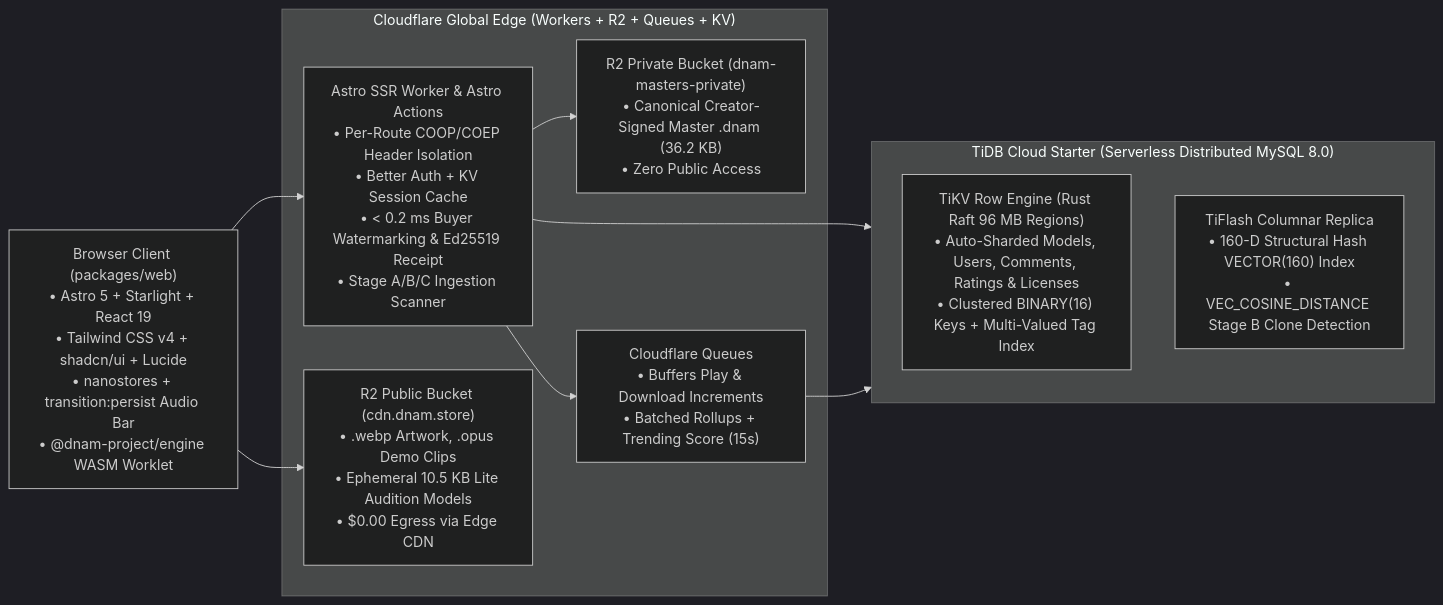
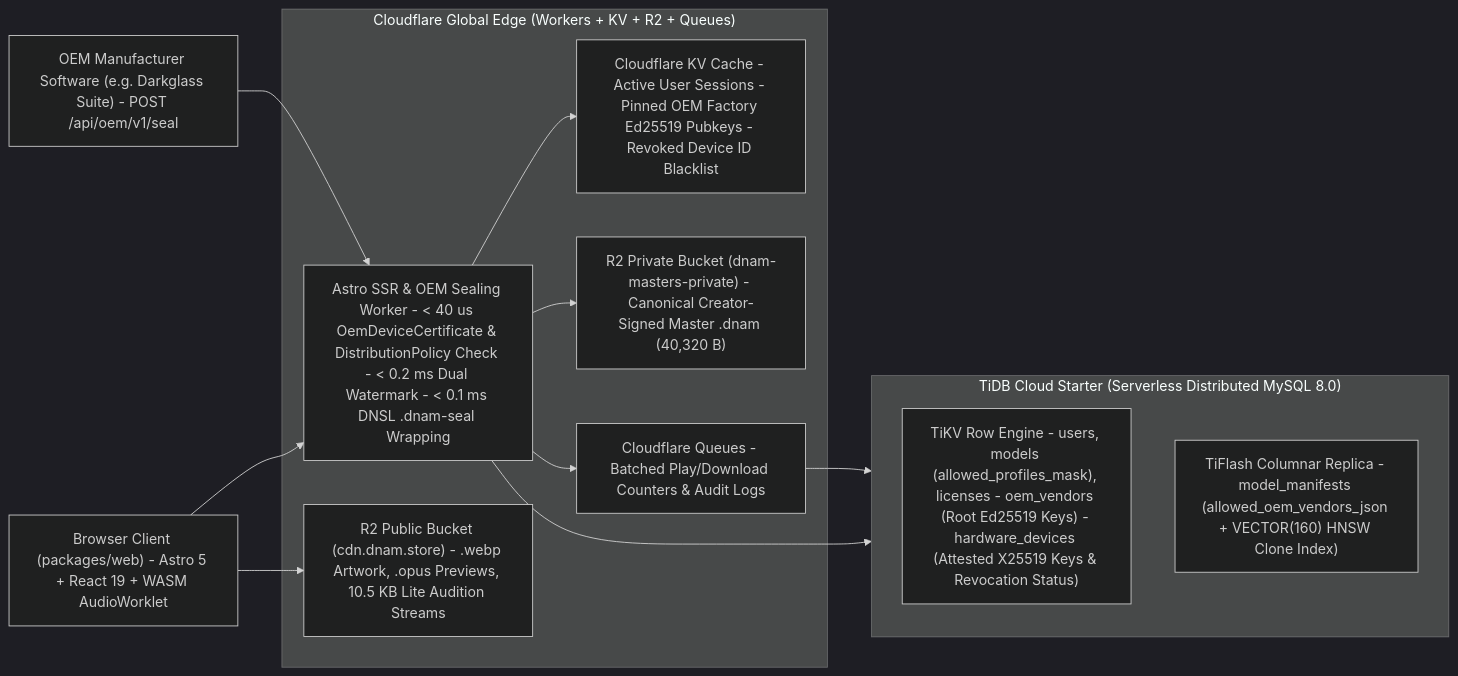
One commit to dnam-project/dnam changed the ninth of 10 diagrams in docs/digital_marketplace_and_provenance.md. Above: the diagram before and after it, drawn with Mermaid (dark theme). The commit also changed other lines of this file and 57 other files, not shown here.

Commit message:
feat(engine,python,js,studio,trainer,docs): add 3-tier DRM protection profiles, OemDeviceCertificate attestation, DistributionPolicy, and .dnam-seal (DNSL) envelope

````diff
--- a/docs/digital_marketplace_and_provenance.md
+++ b/docs/digital_marketplace_and_provenance.md
@@ -227,24 +443,27 @@
 ```mermaid
 flowchart LR
-    User["Browser Client (packages/web)<br/>• Astro 5 + Starlight + React 19<br/>• Tailwind CSS v4 + shadcn/ui + Lucide<br/>• nanostores + transition:persist Audio Bar<br/>• @dnam-project/engine WASM Worklet"] --> Edge
+    WebUser["Browser Client (packages/web) - Astro 5 + React 19 + WASM AudioWorklet"] --> Edge
+    OemApp["OEM Manufacturer Software (e.g. Darkglass Suite) - POST /api/oem/v1/seal"] --> Edge
 
-    subgraph Cloudflare ["Cloudflare Global Edge (Workers + R2 + Queues + KV)"]
-        Edge["Astro SSR Worker & Astro Actions<br/>• Per-Route COOP/COEP Header Isolation<br/>• Better Auth + KV Session Cache<br/>• < 0.2 ms Buyer Watermarking & Ed25519 Receipt<br/>• Stage A/B/C Ingestion Scanner"]
-        R2Pub["R2 Public Bucket (cdn.dnam.store)<br/>• .webp Artwork, .opus Demo Clips<br/>• Ephemeral 10.5 KB Lite Audition Models<br/>• $0.00 Egress via Edge CDN"]
-        R2Priv["R2 Private Bucket (dnam-masters-private)<br/>• Canonical Creator-Signed Master .dnam (36.2 KB)<br/>• Zero Public Access"]
-        Queue["Cloudflare Queues<br/>• Buffers Play & Download Increments<br/>• Batched Rollups + Trending Score (15s)"]
+    subgraph Cloudflare ["Cloudflare Global Edge (Workers + KV + R2 + Queues)"]
+        Edge["Astro SSR & OEM Sealing Worker - < 40 us OemDeviceCertificate & DistributionPolicy Check - < 0.2 ms Dual Watermark - < 0.1 ms DNSL .dnam-seal Wrapping"]
+        KV["Cloudflare KV Cache - Active User Sessions - Pinned OEM Factory Ed25519 Pubkeys - Revoked Device ID Blacklist"]
+        R2Pub["R2 Public Bucket (cdn.dnam.store) - .webp Artwork, .opus Previews, 10.5 KB Lite Audition Streams"]
+        R2Priv["R2 Private Bucket (dnam-masters-private) - Canonical Creator-Signed Master .dnam (40,320 B)"]
+        Queue["Cloudflare Queues - Batched Play/Download Counters & Audit Logs"]
     end
 
+    Edge --> KV
     Edge --> R2Priv
     Edge --> Queue
-    User --> R2Pub
+    WebUser --> R2Pub
 
     subgraph TiDB ["TiDB Cloud Starter (Serverless Distributed MySQL 8.0)"]
         direction TB
-        TiKV["TiKV Row Engine (Rust Raft 96 MB Regions)<br/>• Auto-Sharded Models, Users, Comments, Ratings & Licenses<br/>• Clustered BINARY(16) Keys + Multi-Valued Tag Index"]
-        TiFlash["TiFlash Columnar Replica<br/>• 160-D Structural Hash VECTOR(160) Index<br/>• VEC_COSINE_DISTANCE Stage B Clone Detection"]
+        TiKV["TiKV Row Engine - users, models (allowed_profiles_mask), licenses - oem_vendors (Root Ed25519 Keys) - hardware_devices (Attested X25519 Keys & Revocation Status)"]
+        TiFlash["TiFlash Columnar Replica - model_manifests (allowed_oem_vendors_json + VECTOR(160) HNSW Clone Index)"]
     end
 
     Edge --> TiDB
     Queue --> TiDB
 ```
````
